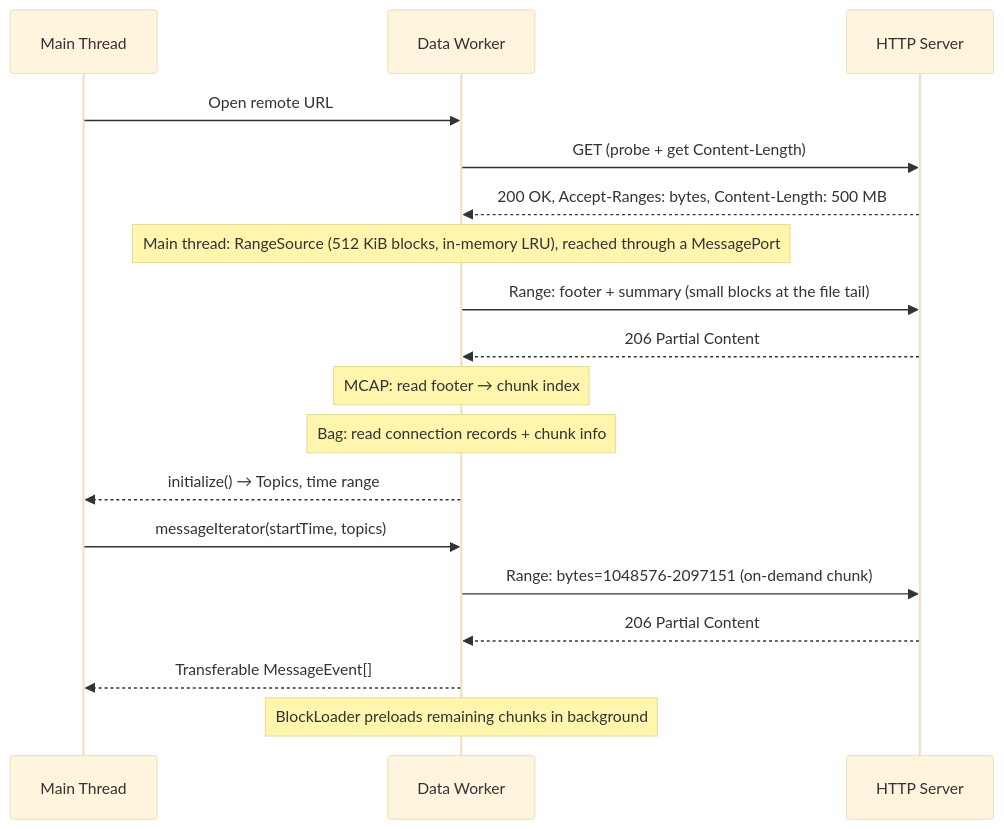
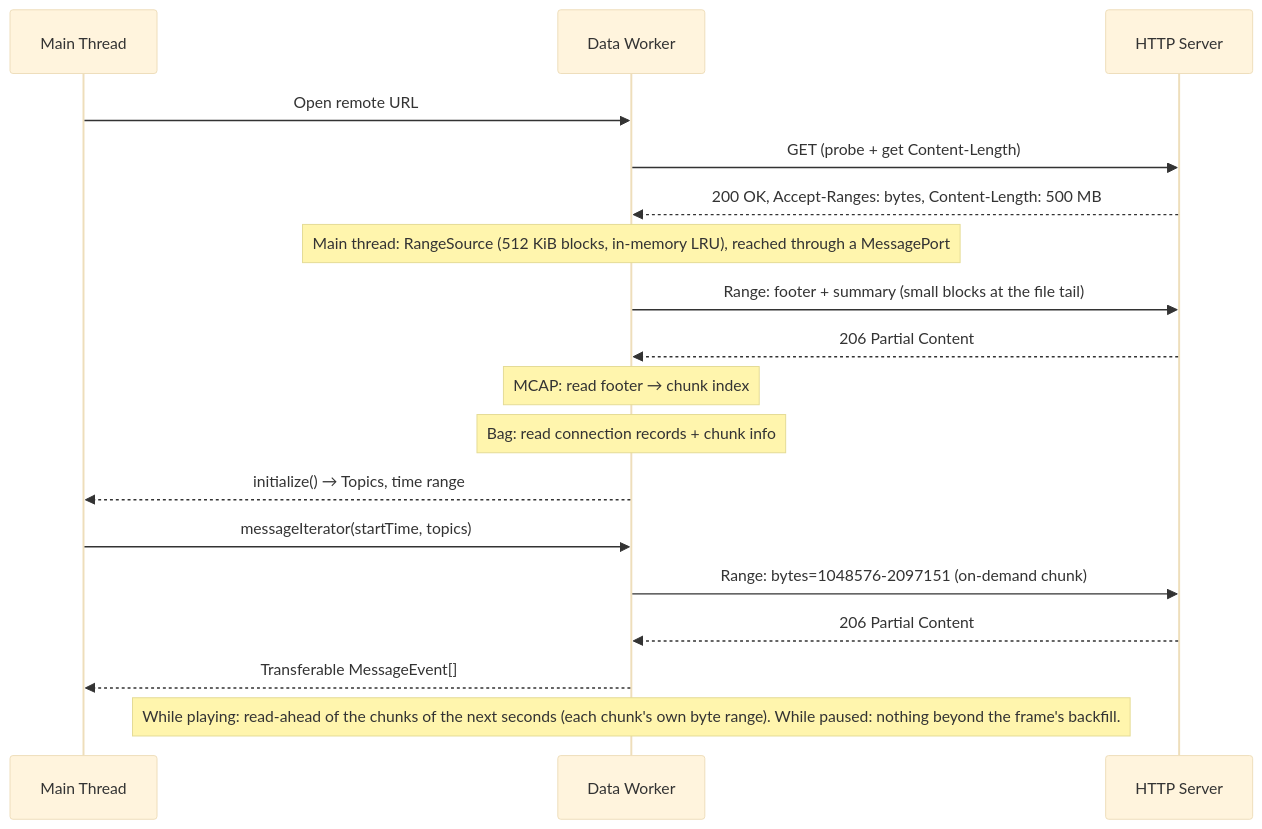
Before and after one commit to ioai-tech/rosview: the third of 3 diagrams in docs/ARCHITECTURE.md, drawn with Mermaid (base theme). The commit also changed 12 other files, not shown here.

````diff
--- a/docs/ARCHITECTURE.md
+++ b/docs/ARCHITECTURE.md
@@ -512,26 +512,26 @@
 ```mermaid
 sequenceDiagram
     participant App as Main Thread
     participant Worker as Data Worker
     participant Server as HTTP Server
 
     App->>Worker: Open remote URL
     Worker->>Server: GET (probe + get Content-Length)
     Server-->>Worker: 200 OK, Accept-Ranges: bytes, Content-Length: 500 MB
 
     Note over Worker: Main thread: RangeSource (512 KiB blocks, in-memory LRU), reached through a MessagePort
 
     Worker->>Server: Range: footer + summary (small blocks at the file tail)
     Server-->>Worker: 206 Partial Content
     Note over Worker: MCAP: read footer → chunk index
     Note over Worker: Bag: read connection records + chunk info
 
     Worker-->>App: initialize() → Topics, time range
 
     App->>Worker: messageIterator(startTime, topics)
     Worker->>Server: Range: bytes=1048576-2097151 (on-demand chunk)
     Server-->>Worker: 206 Partial Content
     Worker-->>App: Transferable MessageEvent[]
 
-    Note over Worker: BlockLoader preloads remaining chunks in background
+    Note over Worker: While playing: read-ahead of the chunks of the next seconds (each chunk's own byte range). While paused: nothing beyond the frame's backfill.
 ```
````
